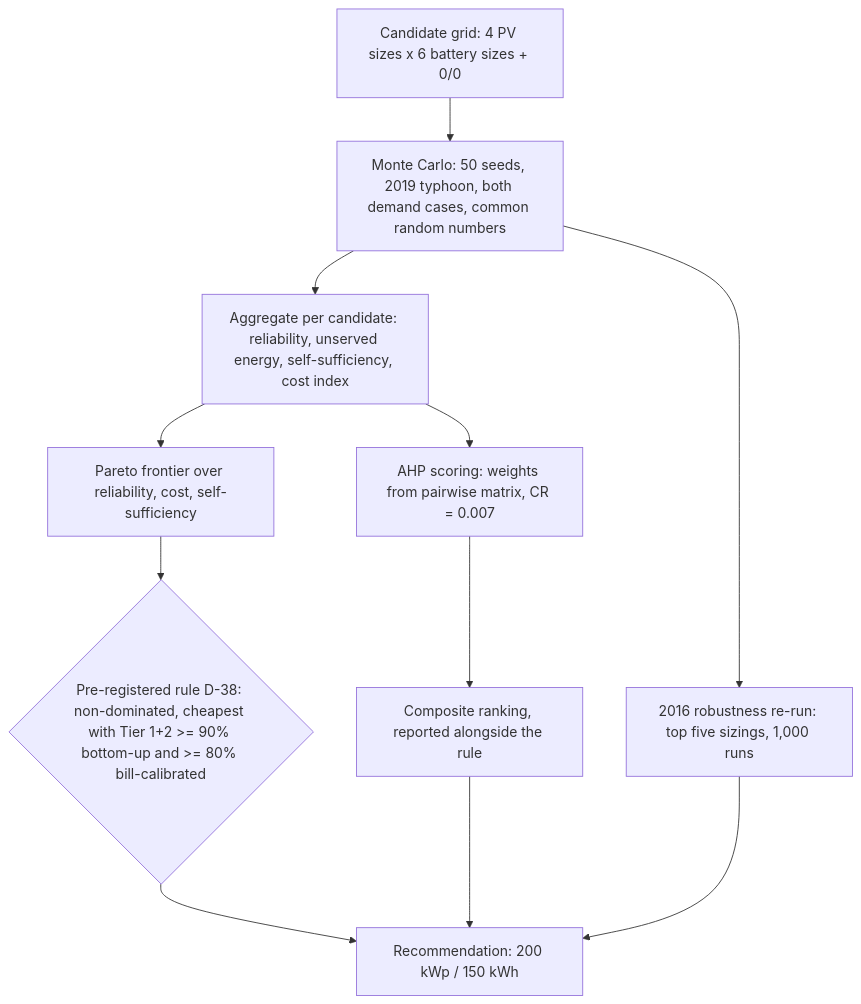
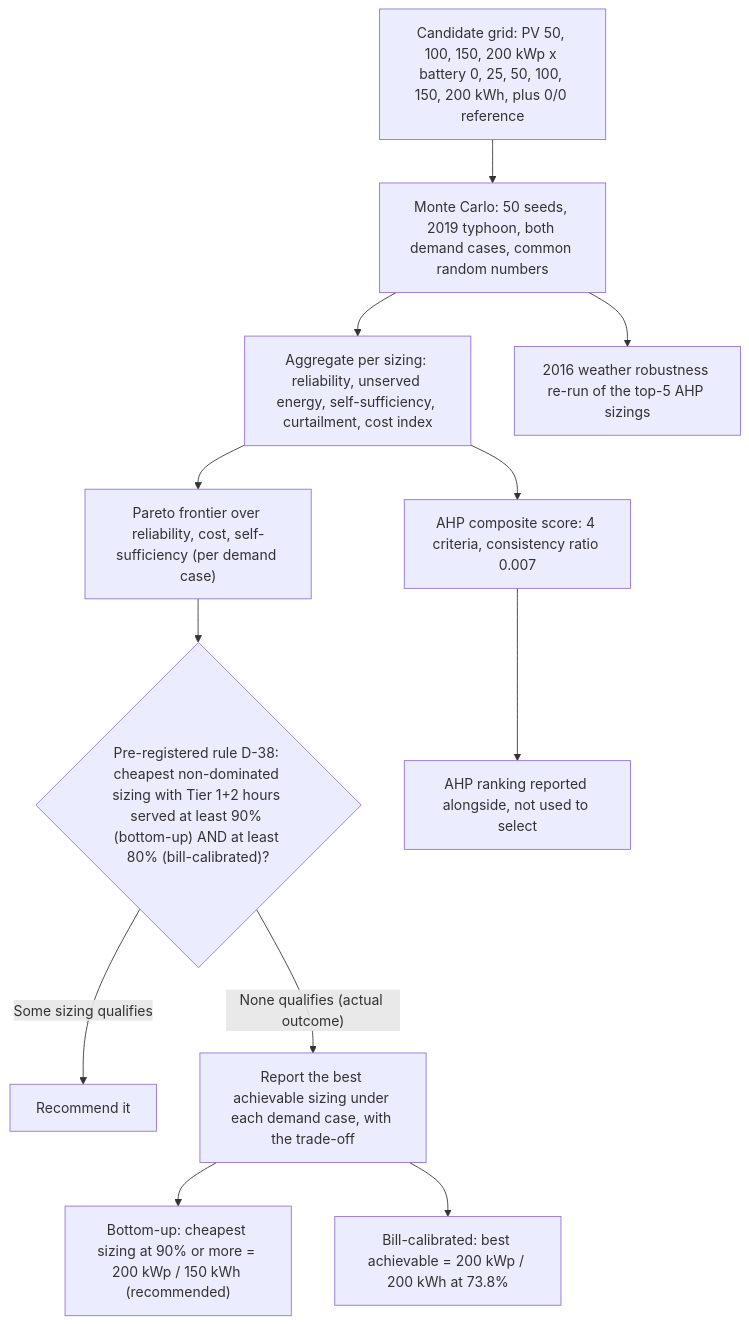
Before and after one commit to lukexodus/ccis-heat-load-backup-sim: the fourth of 4 diagrams in docs/paper/illustrations.md, drawn with Mermaid. The commit also changed other lines of this file, not shown here.

First line of the commit message:
docs(DOC-003): apply reviewed diagram corrections

````diff
--- a/docs/paper/illustrations.md
+++ b/docs/paper/illustrations.md
@@ -89,13 +98,14 @@
 ```mermaid
 flowchart TD
-    G["Candidate grid: 4 PV sizes x 6 battery sizes + 0/0"] --> MC["Monte Carlo: 50 seeds, 2019 typhoon, both demand cases, common random numbers"]
-    MC --> AGG["Aggregate per candidate: reliability, unserved energy, self-sufficiency, cost index"]
-    AGG --> AHP["AHP scoring: weights from pairwise matrix, CR = 0.007"]
-    AGG --> PAR["Pareto frontier over reliability, cost, self-sufficiency"]
-    PAR --> RULE{"Pre-registered rule D-38: non-dominated, cheapest with Tier 1+2 >= 90% bottom-up and >= 80% bill-calibrated"}
-    AHP --> COMP["Composite ranking, reported alongside the rule"]
-    RULE --> REC["Recommendation: 200 kWp / 150 kWh"]
-    COMP --> REC
-    MC --> R16["2016 robustness re-run: top five sizings, 1,000 runs"]
-    R16 --> REC
+    G["Candidate grid: PV 50, 100, 150, 200 kWp x battery 0, 25, 50, 100, 150, 200 kWh, plus 0/0 reference"] --> MC["Monte Carlo: 50 seeds, 2019 typhoon, both demand cases, common random numbers"]
+    MC --> AGG["Aggregate per sizing: reliability, unserved energy, self-sufficiency, curtailment, cost index"]
+    AGG --> AHP["AHP composite score: 4 criteria, consistency ratio 0.007"]
+    AGG --> PAR["Pareto frontier over reliability, cost, self-sufficiency (per demand case)"]
+    PAR --> RULE{"Pre-registered rule D-38: cheapest non-dominated sizing with Tier 1+2 hours served at least 90% (bottom-up) AND at least 80% (bill-calibrated)?"}
+    RULE -->|"Some sizing qualifies"| REC1["Recommend it"]
+    RULE -->|"None qualifies (actual outcome)"| FB["Report the best achievable sizing under each demand case, with the trade-off"]
+    FB --> R1["Bottom-up: cheapest sizing at 90% or more = 200 kWp / 150 kWh (recommended)"]
+    FB --> R2["Bill-calibrated: best achievable = 200 kWp / 200 kWh at 73.8%"]
+    AHP --> CMP["AHP ranking reported alongside, not used to select"]
+    MC --> R16["2016 weather robustness re-run of the top-5 AHP sizings"]
 ```
````
